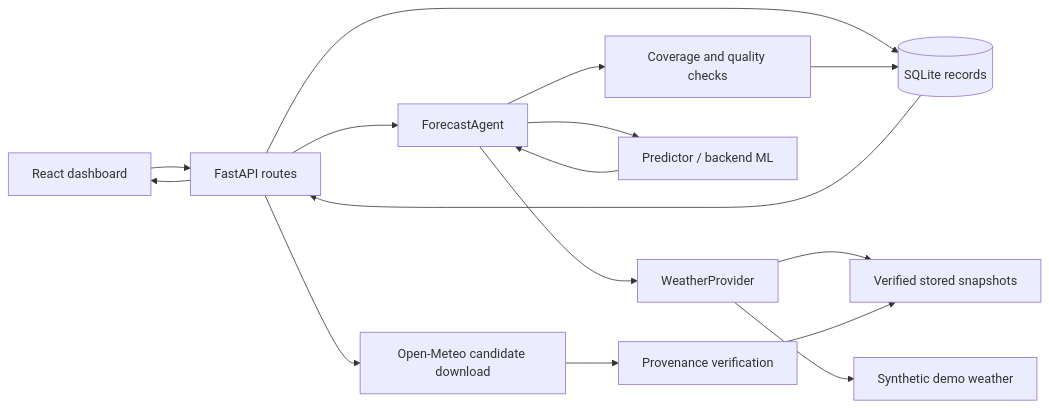
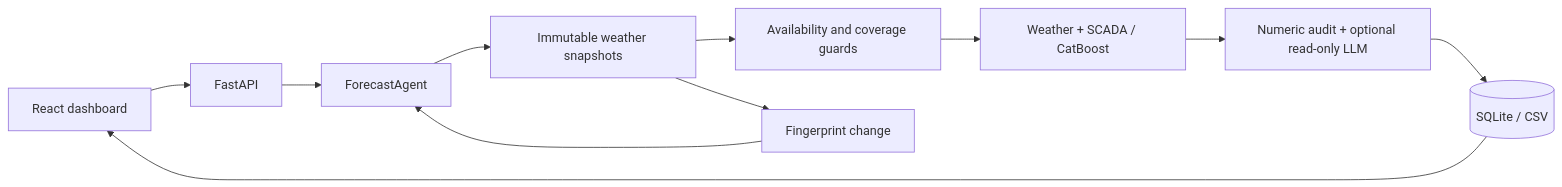
Before and after one commit to BAITC-Hacks/hack-9c72e88a-low-prior-it: the diagram in README.md, drawn with Mermaid. The commit also changed other lines of this file and 16 other files, not shown here.

````diff
--- a/README.md
+++ b/README.md
@@ -142,18 +74,13 @@
 ```mermaid
 flowchart LR
-  UI[React dashboard] --> API[FastAPI routes]
-  API --> DB[(SQLite records)]
+  UI[React dashboard] --> API[FastAPI]
   API --> Agent[ForecastAgent]
-  Agent --> Weather[WeatherProvider]
-  Weather --> Archive[Verified stored snapshots]
-  Weather --> Demo[Synthetic demo weather]
-  API --> Download[Open-Meteo candidate download]
-  Download --> Review[Provenance verification]
-  Review --> Archive
-  Agent --> Model[Predictor / backend ML]
-  Model --> Agent
-  Agent --> Checks[Coverage and quality checks]
-  Checks --> DB
-  DB --> API
-  API --> UI
+  Agent --> Weather[Immutable weather snapshots]
+  Weather --> Guards[Availability and coverage guards]
+  Guards --> ML[Weather + SCADA / CatBoost]
+  ML --> Audit[Numeric audit + optional read-only LLM]
+  Audit --> DB[(SQLite / CSV)]
+  DB --> UI
+  Weather --> Refresh[Fingerprint change]
+  Refresh --> Agent
 ```
````
